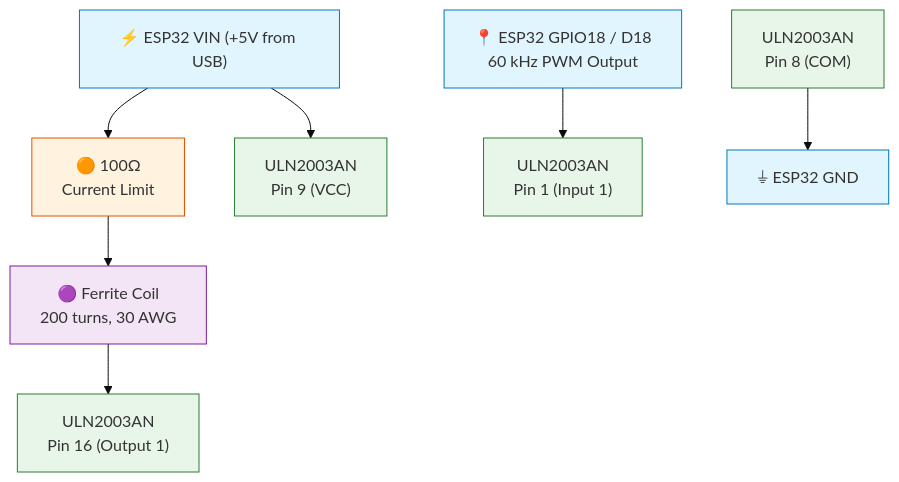
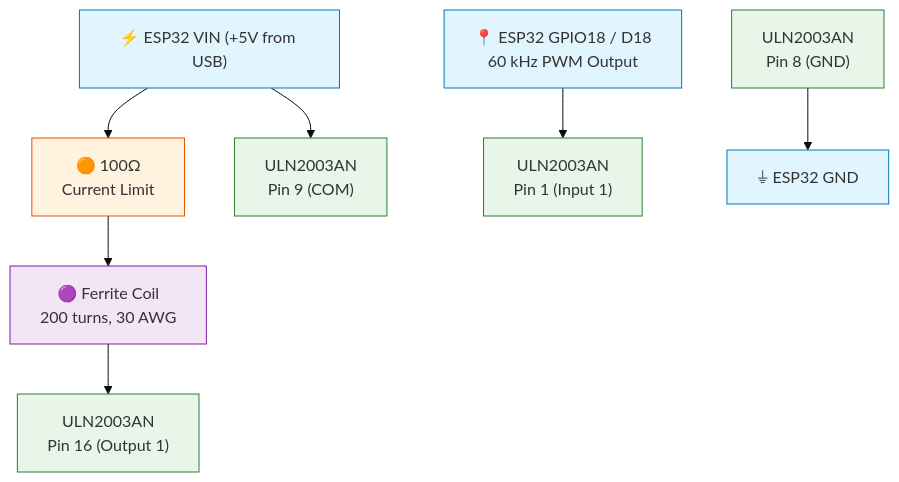
One commit to jayessdeesea/tesseract changed the first of 2 diagrams in README.md. Above: the diagram before and after it, drawn with Mermaid (base theme). The commit also changed other lines of this file and 20 other files, not shown here.

````diff
--- a/README.md
+++ b/README.md
@@ -26,21 +26,21 @@
 ```mermaid
 graph TD
     VIN["⚡ ESP32 VIN (+5V from USB)"] --> R2["🟠 100Ω<br/>Current Limit"]
-    VIN --> VCC["ULN2003AN<br/>Pin 9 (VCC)"]
+    VIN --> VCC["ULN2003AN<br/>Pin 9 (COM)"]
     R2 --> COIL["🟣 Ferrite Coil<br/>200 turns, 30 AWG"]
     COIL --> OUT1["ULN2003AN<br/>Pin 16 (Output 1)"]
     
     GPIO["📍 ESP32 GPIO18 / D18<br/>60 kHz PWM Output"] --> IN1["ULN2003AN<br/>Pin 1 (Input 1)"]
     
-    COM["ULN2003AN<br/>Pin 8 (COM)"] --> GND["⏚ ESP32 GND"]
+    COM["ULN2003AN<br/>Pin 8 (GND)"] --> GND["⏚ ESP32 GND"]
 
     style VIN fill:#e1f5fe,stroke:#0277bd
     style GPIO fill:#e1f5fe,stroke:#0277bd
     style GND fill:#e1f5fe,stroke:#0277bd
     style R2 fill:#fff3e0,stroke:#e65100
     style COIL fill:#f3e5f5,stroke:#7b1fa2
     style VCC fill:#e8f5e9,stroke:#2e7d32
     style IN1 fill:#e8f5e9,stroke:#2e7d32
     style OUT1 fill:#e8f5e9,stroke:#2e7d32
     style COM fill:#e8f5e9,stroke:#2e7d32
 ```
````
